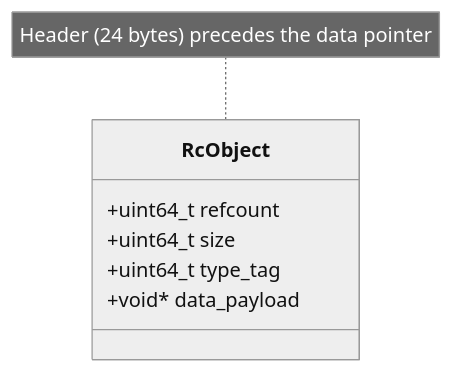
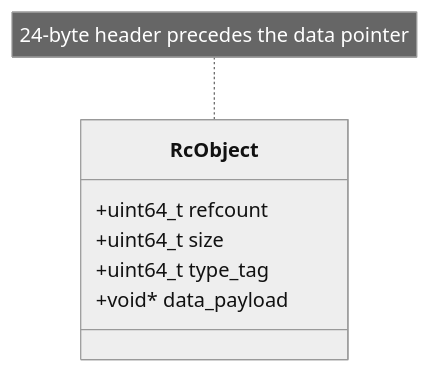
The fourth of 4 diagrams in Research_Paper.md (MasterBrian99/loreal), drawn with Mermaid (neutral theme) before and after one commit. The commit also changed other lines of this file, not shown here.

````diff
--- a/Research_Paper.md
+++ b/Research_Paper.md
@@ -275,10 +271,10 @@
 ```mermaid
 classDiagram
     class RcObject {
         +uint64_t refcount
         +uint64_t size
         +uint64_t type_tag
         +void* data_payload
     }
-    note for RcObject "Header (24 bytes) precedes the data pointer"
+    note for RcObject "24-byte header precedes the data pointer"
 ```
````
